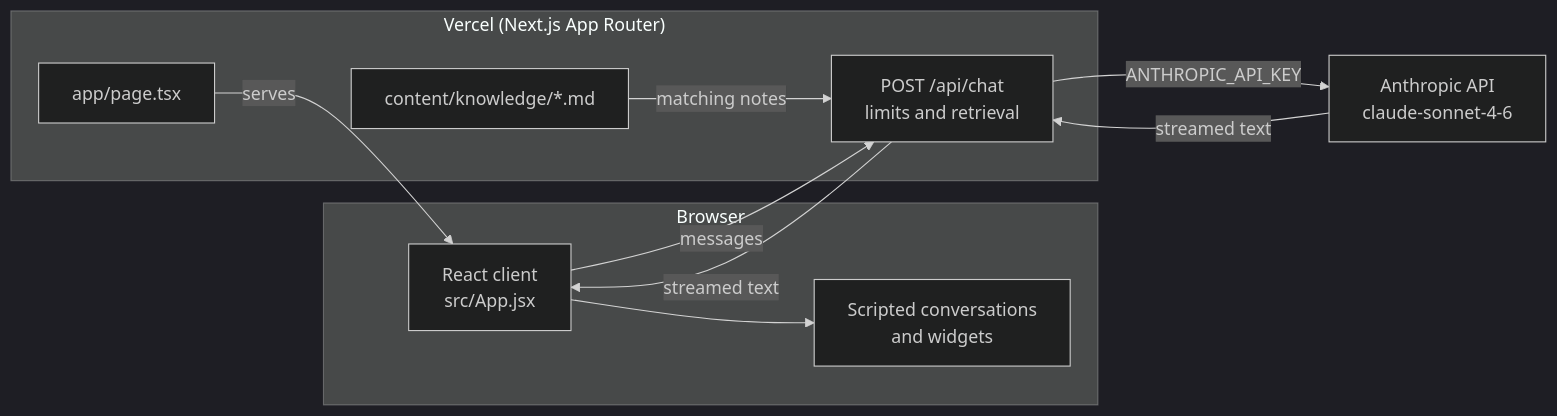
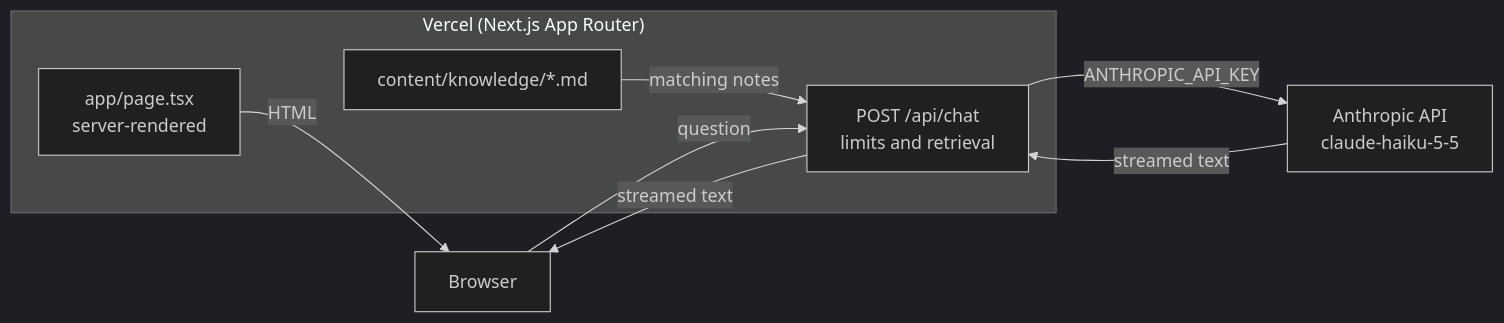
Before and after one commit to Rob-Jay/rob-walsh-portfolio: the diagram in README.md, drawn with Mermaid (dark theme). The commit also changed other lines of this file and 32 other files, not shown here.

Commit message:
feat: recruiter-first one-page cv. drop utmb, game, fake widgets. rob-gpt on haiku 5.5 via anthropic sdk.

````diff
--- a/README.md
+++ b/README.md
@@ -9,21 +9,17 @@
 ```mermaid
 flowchart LR
-  subgraph Browser
-    UI["React client<br/>src/App.jsx"]
-    Scripted["Scripted conversations<br/>and widgets"]
-  end
   subgraph Vercel["Vercel (Next.js App Router)"]
-    Page["app/page.tsx"]
+    Page["app/page.tsx<br/>server-rendered"]
     Chat["POST /api/chat<br/>limits and retrieval"]
     Notes["content/knowledge/*.md"]
   end
-  Anthropic["Anthropic API<br/>claude-sonnet-4-6"]
+  Browser["Browser"]
+  Anthropic["Anthropic API<br/>claude-haiku-5-5"]
 
-  Page -->|serves| UI
-  UI --> Scripted
-  UI -->|messages| Chat
+  Page -->|HTML| Browser
+  Browser -->|question| Chat
   Notes -->|matching notes| Chat
   Chat -->|"ANTHROPIC_API_KEY"| Anthropic
   Anthropic -->|streamed text| Chat
-  Chat -->|streamed text| UI
+  Chat -->|streamed text| Browser
 ```
````
